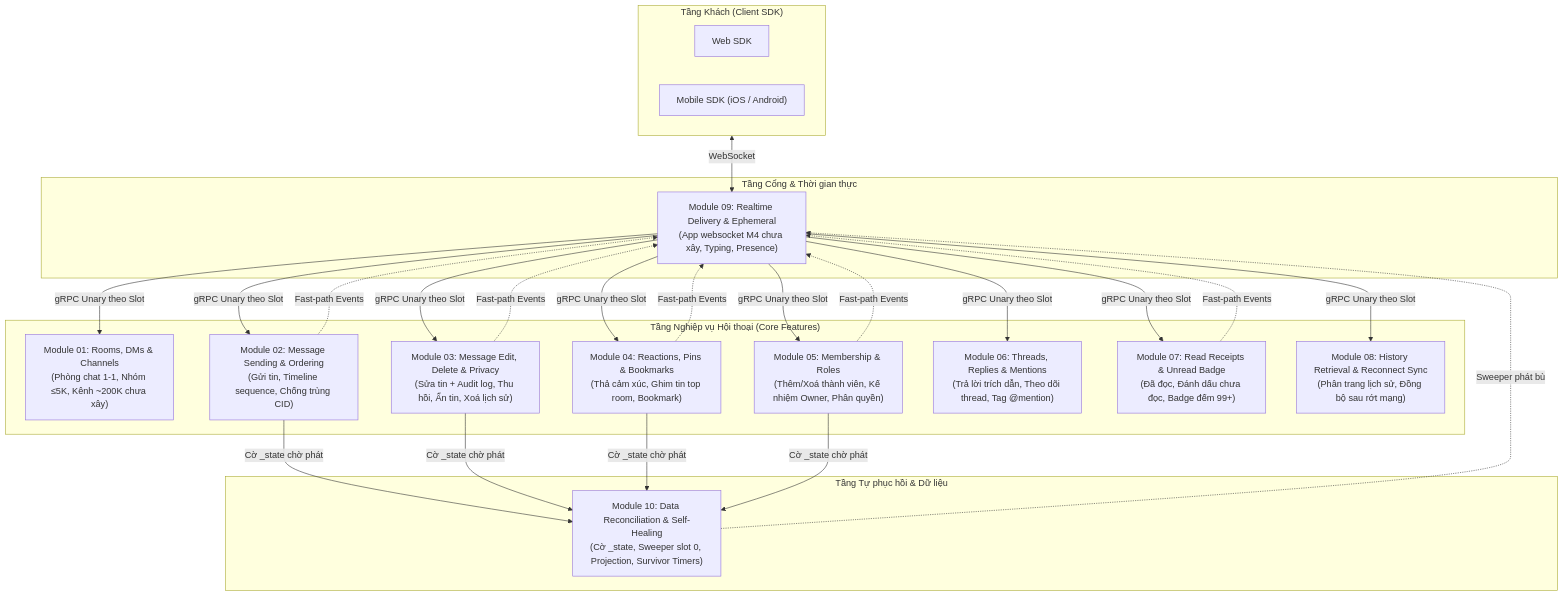
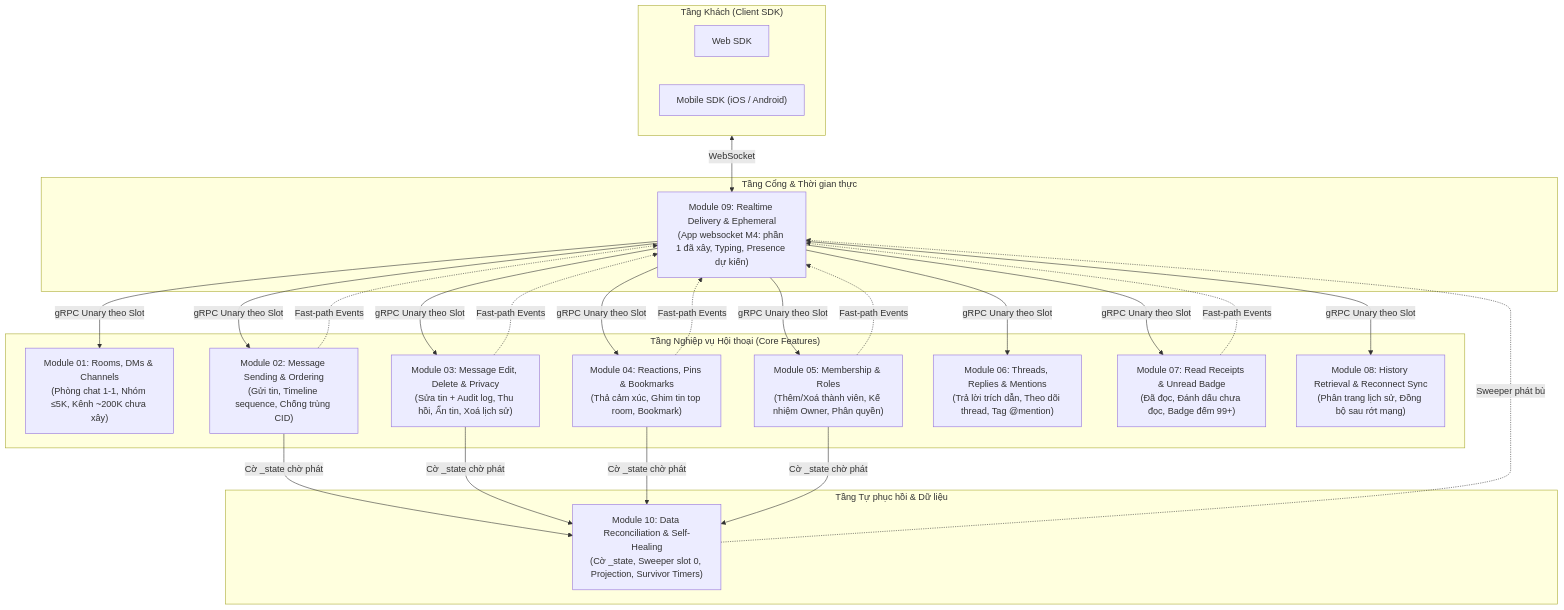
One commit to ivannguyendev/chatim changed the first of 2 diagrams in docs/modules/README.md. Above: the diagram before and after it, drawn with Mermaid. The commit also changed other lines of this file and 6 other files, not shown here.

````diff
--- a/docs/modules/README.md
+++ b/docs/modules/README.md
@@ -13,48 +13,48 @@
 ```mermaid
 flowchart TD
     subgraph Client["Tầng Khách (Client SDK)"]
         Web["Web SDK"]
         Mobile["Mobile SDK (iOS / Android)"]
     end
 
     subgraph Entry["Tầng Cổng & Thời gian thực"]
-        M09["Module 09: Realtime Delivery & Ephemeral<br/>(App websocket M4 chưa xây, Typing, Presence)"]
+        M09["Module 09: Realtime Delivery & Ephemeral<br/>(App websocket M4: phần 1 đã xây, Typing, Presence dự kiến)"]
     end
 
     subgraph CoreFeatures["Tầng Nghiệp vụ Hội thoại (Core Features)"]
         M01["Module 01: Rooms, DMs & Channels<br/>(Phòng chat 1-1, Nhóm ≤5K, Kênh ~200K chưa xây)"]
         M02["Module 02: Message Sending & Ordering<br/>(Gửi tin, Timeline sequence, Chống trùng CID)"]
         M03["Module 03: Message Edit, Delete & Privacy<br/>(Sửa tin + Audit log, Thu hồi, Ẩn tin, Xoá lịch sử)"]
         M04["Module 04: Reactions, Pins & Bookmarks<br/>(Thả cảm xúc, Ghim tin top room, Bookmark)"]
         M05["Module 05: Membership & Roles<br/>(Thêm/Xoá thành viên, Kế nhiệm Owner, Phân quyền)"]
         M06["Module 06: Threads, Replies & Mentions<br/>(Trả lời trích dẫn, Theo dõi thread, Tag @mention)"]
         M07["Module 07: Read Receipts & Unread Badge<br/>(Đã đọc, Đánh dấu chưa đọc, Badge đếm 99+)"]
         M08["Module 08: History Retrieval & Reconnect Sync<br/>(Phân trang lịch sử, Đồng bộ sau rớt mạng)"]
     end
 
     subgraph Resilience["Tầng Tự phục hồi & Dữ liệu"]
         M10["Module 10: Data Reconciliation & Self-Healing<br/>(Cờ _state, Sweeper slot 0, Projection, Survivor Timers)"]
     end
 
     Client <-->|WebSocket| M09
     M09 -->|gRPC Unary theo Slot| M01
     M09 -->|gRPC Unary theo Slot| M02
     M09 -->|gRPC Unary theo Slot| M03
     M09 -->|gRPC Unary theo Slot| M04
     M09 -->|gRPC Unary theo Slot| M05
     M09 -->|gRPC Unary theo Slot| M06
     M09 -->|gRPC Unary theo Slot| M07
     M09 -->|gRPC Unary theo Slot| M08
 
     M02 -.->|Fast-path Events| M09
     M03 -.->|Fast-path Events| M09
     M04 -.->|Fast-path Events| M09
     M05 -.->|Fast-path Events| M09
     M07 -.->|Fast-path Events| M09
 
     M02 -->|Cờ _state chờ phát| M10
     M03 -->|Cờ _state chờ phát| M10
     M04 -->|Cờ _state chờ phát| M10
     M05 -->|Cờ _state chờ phát| M10
     M10 -.->|Sweeper phát bù| M09
 ```
````
